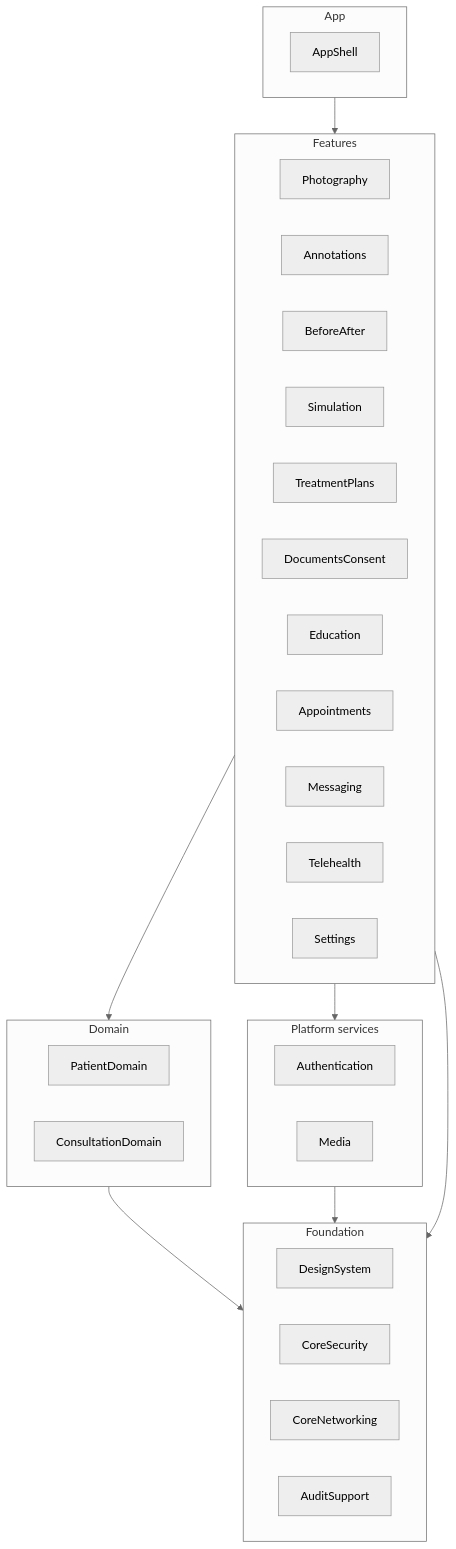
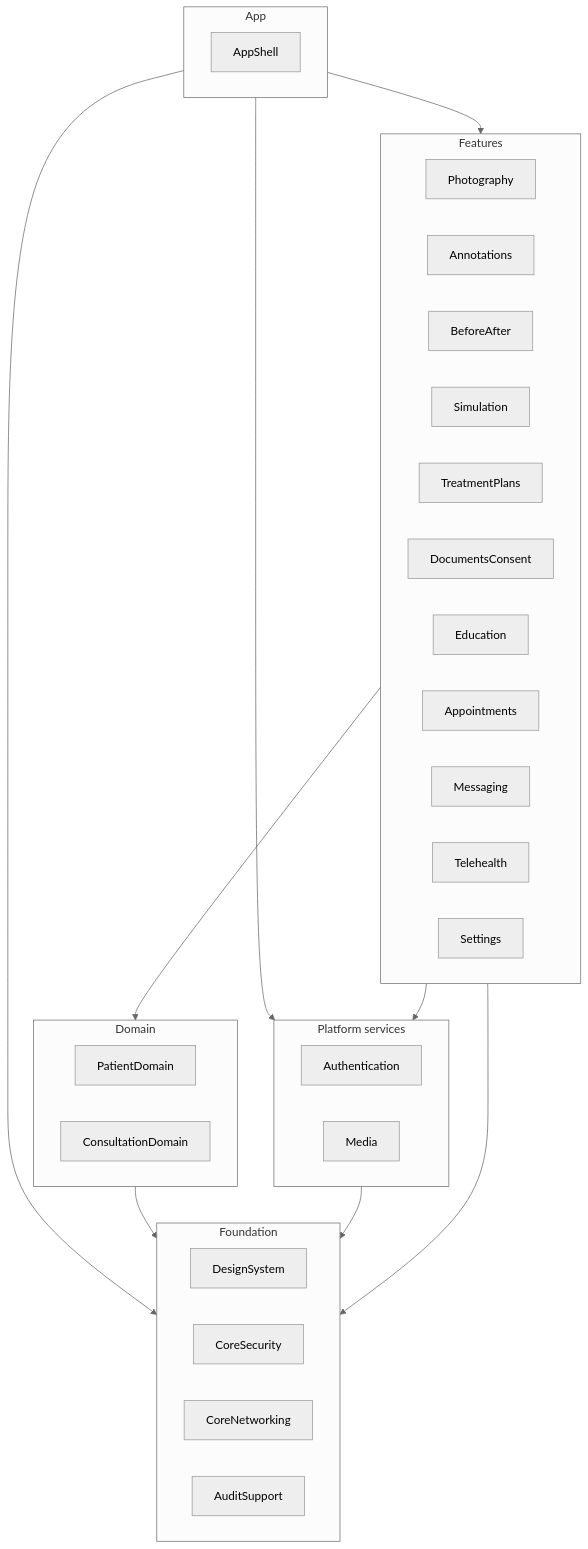
One commit to cgibson24/Aestara changed the first of 2 diagrams in docs/IOS_ARCHITECTURE.md. Above: the diagram before and after it, drawn with Mermaid (neutral theme). The commit also changed other lines of this file and 30 other files, not shown here.

````diff
--- a/docs/IOS_ARCHITECTURE.md
+++ b/docs/IOS_ARCHITECTURE.md
@@ -50,39 +50,41 @@
 ```mermaid
 flowchart TB
   subgraph app [App]
     AppShell
   end
   subgraph feature [Features]
     Photography
     Annotations
     BeforeAfter
     Simulation
     TreatmentPlans
     DocumentsConsent
     Education
     Appointments
     Messaging
     Telehealth
     Settings
   end
   subgraph domain [Domain]
     PatientDomain
     ConsultationDomain
   end
   subgraph platform [Platform services]
     Authentication
     Media
   end
   subgraph foundation [Foundation]
     DesignSystem
     CoreSecurity
     CoreNetworking
     AuditSupport
   end
   app --> feature
+  app --> platform
+  app --> foundation
   feature --> domain
   feature --> platform
   domain --> foundation
   platform --> foundation
   feature --> foundation
 ```
````
